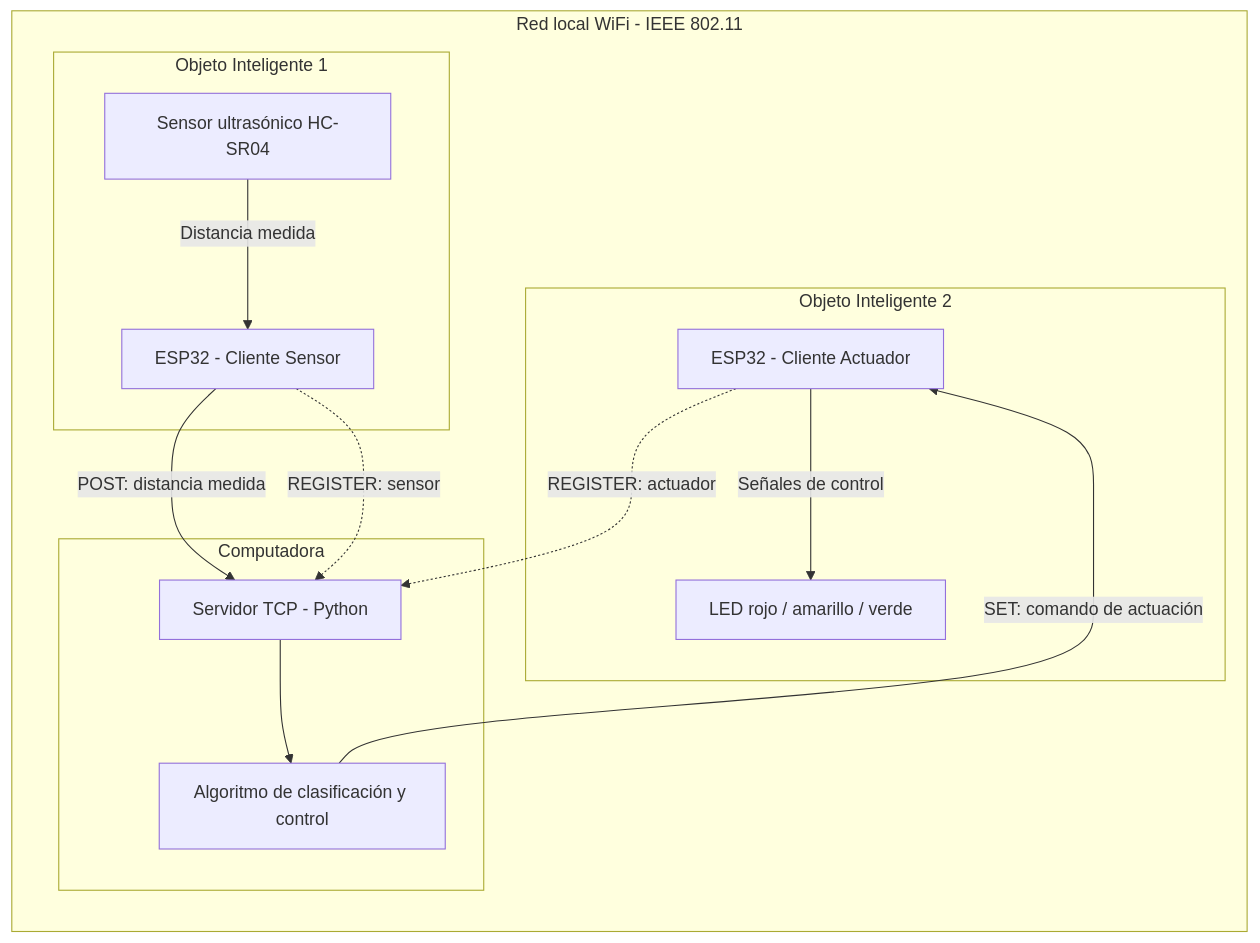
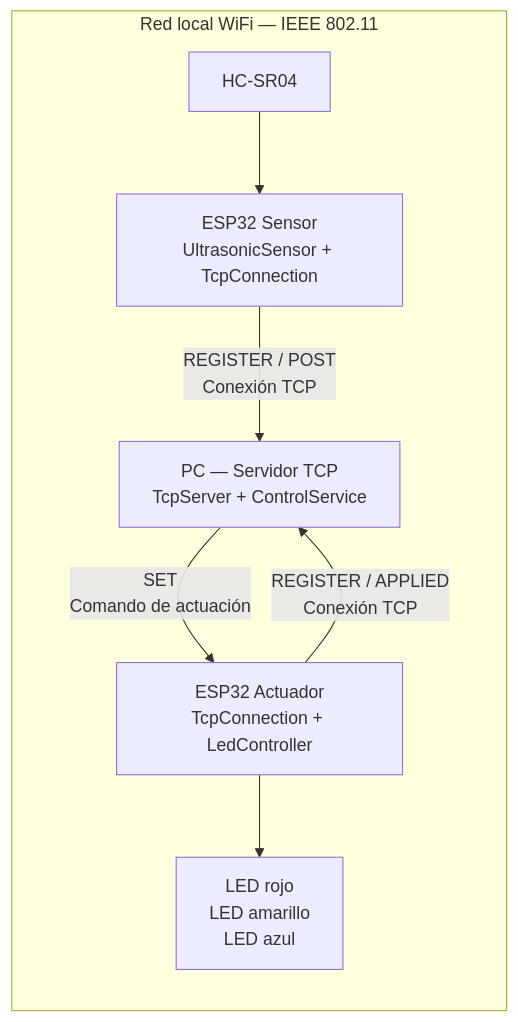
One commit to LuEscobarG/Practica2-IoT changed the first of 3 diagrams in informe.md. Above: the diagram before and after it, drawn with Mermaid. The commit also changed other lines of this file and 32 other files, not shown here.

````diff
--- a/informe.md
+++ b/informe.md
@@ -116,29 +111,14 @@
 ```mermaid
-flowchart TB
-    subgraph RED["Red local WiFi - IEEE 802.11"]
-        direction TB
+flowchart LR
+    subgraph WIFI["Red local WiFi — IEEE 802.11"]
+        HC["HC-SR04"] --> S["ESP32 Sensor<br/>UltrasonicSensor + TcpConnection"]
 
-        subgraph SENSOR["Objeto Inteligente 1"]
-            HC["Sensor ultrasónico HC-SR04"]
-            ESP1["ESP32 - Cliente Sensor"]
-            HC -->|"Distancia medida"| ESP1
-        end
+        S -->|"REGISTER / POST<br/>Conexión TCP"| P["PC — Servidor TCP<br/>TcpServer + ControlService"]
 
-        subgraph SERVIDOR["Computadora"]
-            TCP["Servidor TCP - Python"]
-            CONTROL["Algoritmo de clasificación y control"]
-            TCP --> CONTROL
-        end
+        A["ESP32 Actuador<br/>TcpConnection + LedController"] --> L["LED rojo<br/>LED amarillo<br/>LED azul"]
 
-        subgraph ACTUADOR["Objeto Inteligente 2"]
-            ESP2["ESP32 - Cliente Actuador"]
-            LEDS["LED rojo / amarillo / verde"]
-            ESP2 -->|"Señales de control"| LEDS
-        end
+        A -->|"REGISTER / APPLIED<br/>Conexión TCP"| P
 
-        ESP1 -->|"POST: distancia medida"| TCP
-        CONTROL -->|"SET: comando de actuación"| ESP2
-        ESP1 -.->|"REGISTER: sensor"| TCP
-        ESP2 -.->|"REGISTER: actuador"| TCP
+        P -->|"SET<br/>Comando de actuación"| A
     end
 ```
````
